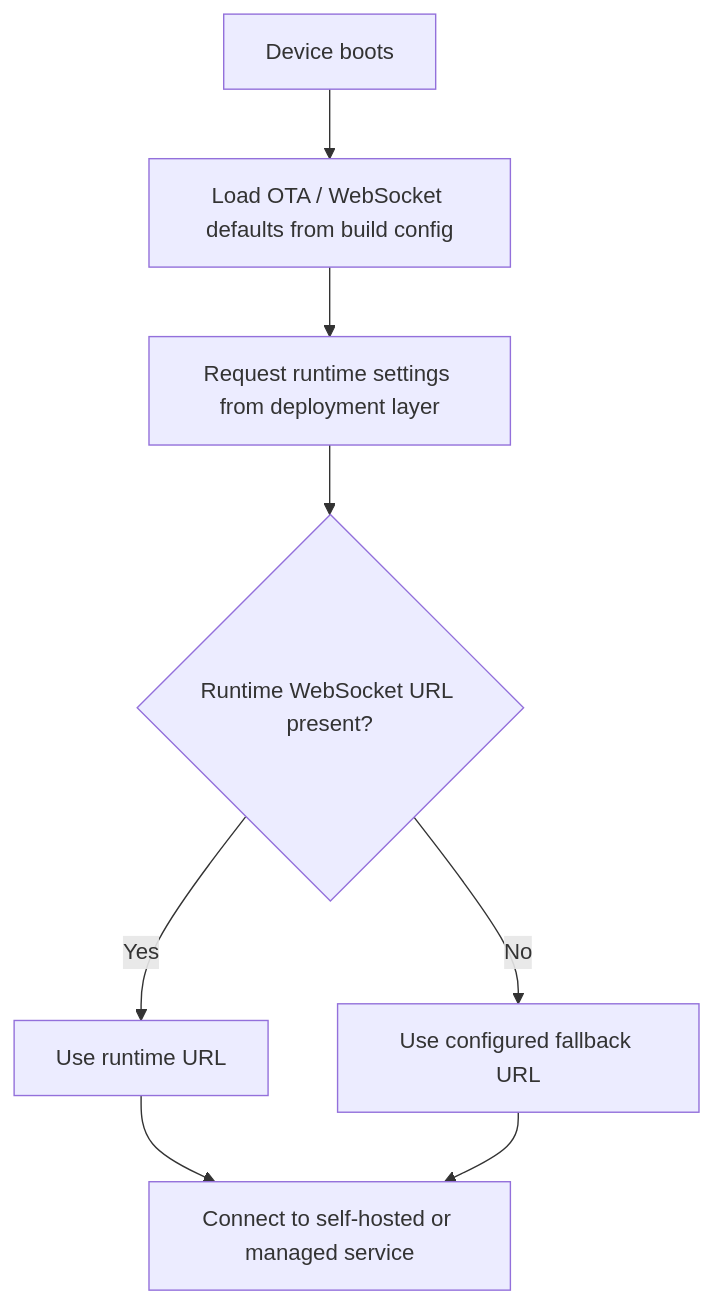
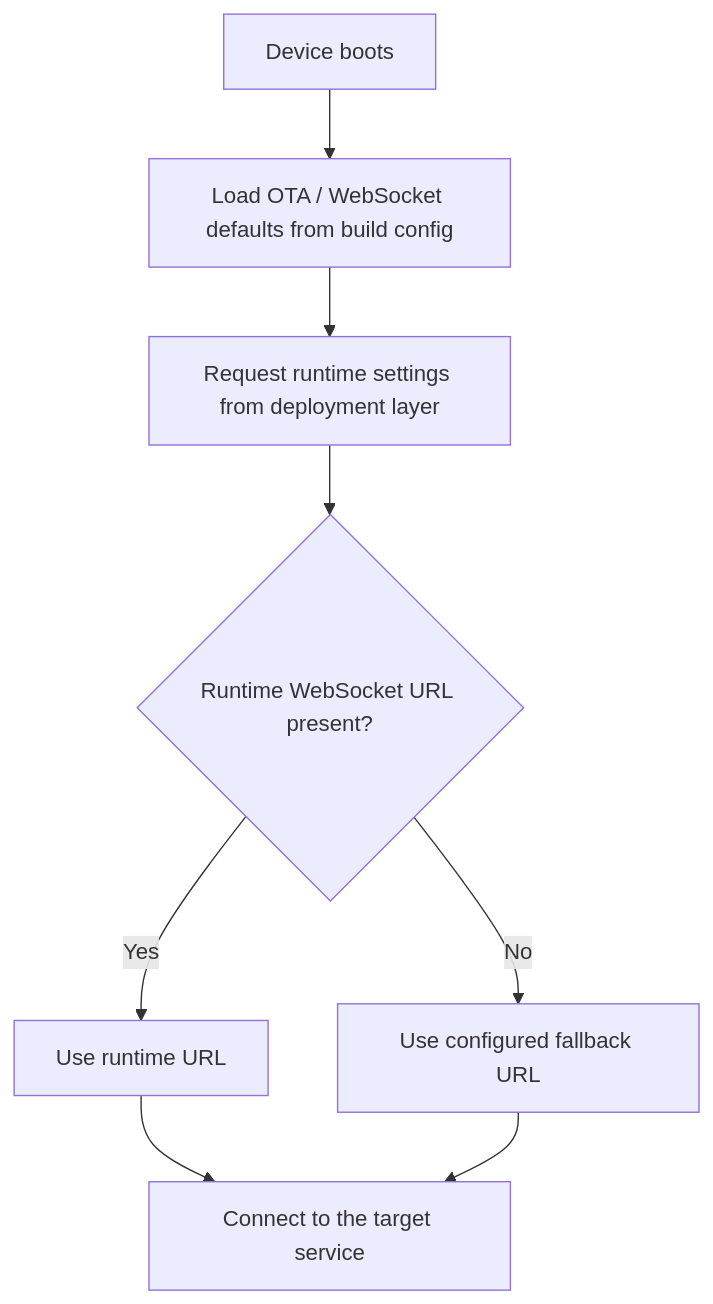
The diagram in README.md (locqueliu/xiaozhi-esp32-selfhost-playbook), drawn with Mermaid before and after one commit. The commit also changed other lines of this file and 1 other file, not shown here.

````diff
--- a/README.md
+++ b/README.md
@@ -43,10 +34,10 @@
 ```mermaid
 flowchart TD
     A["Device boots"] --> B["Load OTA / WebSocket defaults from build config"]
     B --> C["Request runtime settings from deployment layer"]
     C --> D{"Runtime WebSocket URL present?"}
     D -- "Yes" --> E["Use runtime URL"]
     D -- "No" --> F["Use configured fallback URL"]
-    E --> G["Connect to self-hosted or managed service"]
+    E --> G["Connect to the target service"]
     F --> G
 ```
````
